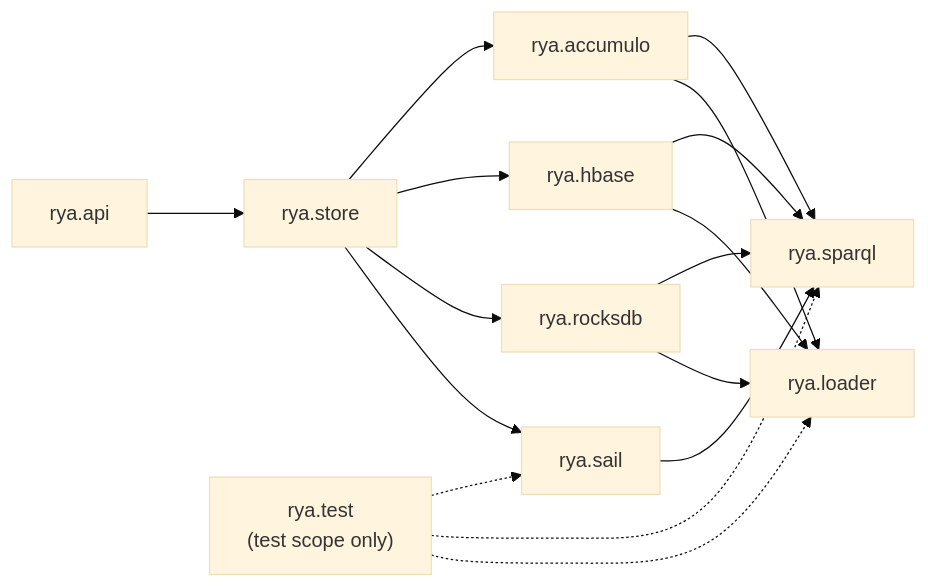
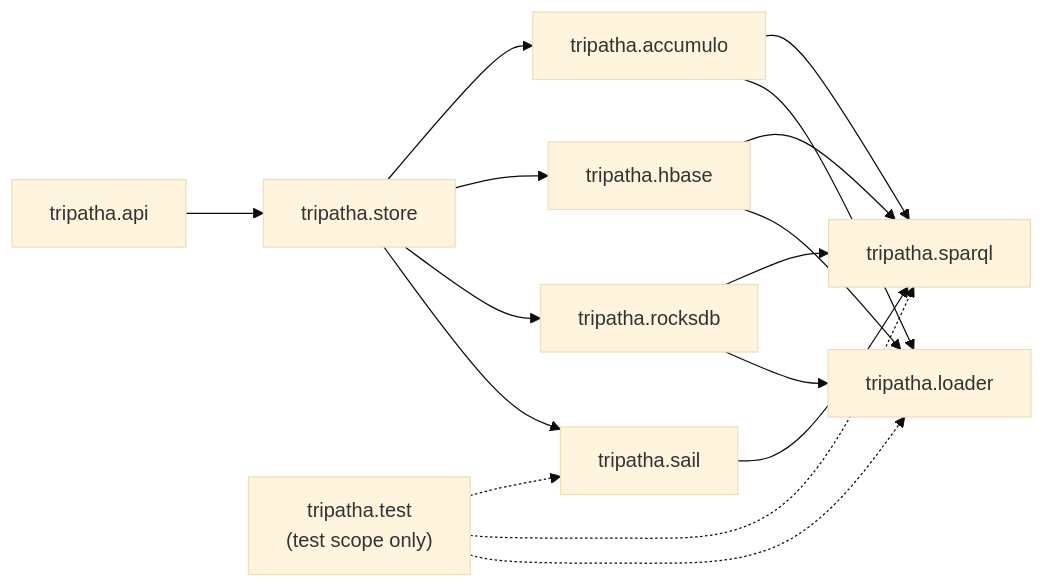
One commit to dgreco/rya-ng changed the fifth of 21 diagrams in ARCH.md. Above: the diagram before and after it, drawn with Mermaid (base theme). The commit also changed other lines of this file and 747 other files, not shown here.

````diff
--- a/ARCH.md
+++ b/ARCH.md
@@ -339,18 +339,18 @@
 ```mermaid
 flowchart LR
-    api["rya.api"] --> store["rya.store"]
-    store --> accumulo["rya.accumulo"]
-    store --> hbase["rya.hbase"]
-    store --> rocksdb["rya.rocksdb"]
-    store --> sail["rya.sail"]
-    sail --> sparql["rya.sparql"]
+    api["tripatha.api"] --> store["tripatha.store"]
+    store --> accumulo["tripatha.accumulo"]
+    store --> hbase["tripatha.hbase"]
+    store --> rocksdb["tripatha.rocksdb"]
+    store --> sail["tripatha.sail"]
+    sail --> sparql["tripatha.sparql"]
     accumulo --> sparql
     hbase --> sparql
     rocksdb --> sparql
-    accumulo --> loader["rya.loader"]
+    accumulo --> loader["tripatha.loader"]
     hbase --> loader
     rocksdb --> loader
-    test["rya.test<br/>(test scope only)"] -.-> sail
+    test["tripatha.test<br/>(test scope only)"] -.-> sail
     test -.-> sparql
     test -.-> loader
 ```
````
